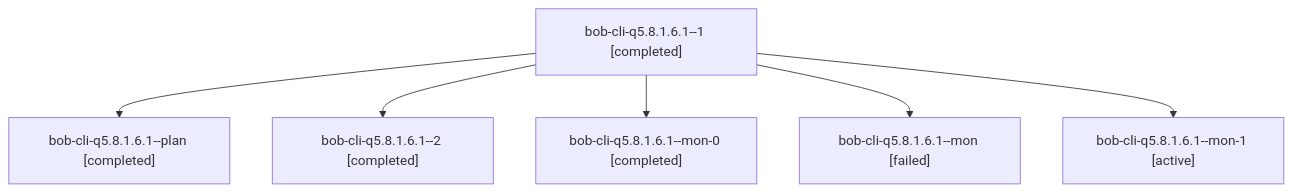
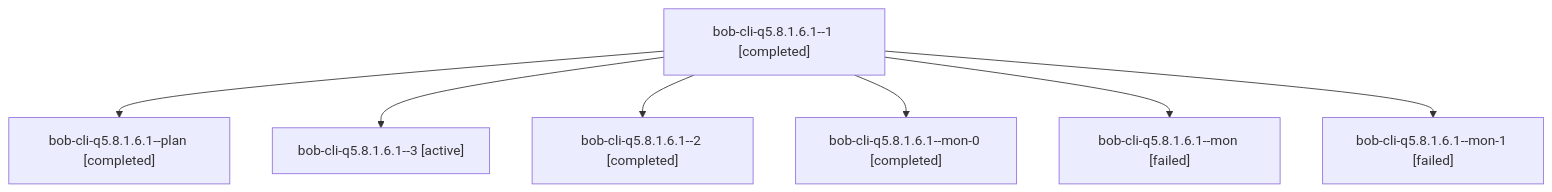
One commit to bobs-org/bob-cli--agents changed the diagram in sessions/bbugyi200.athena.bob-cli-q5.8.1.6.1.md. Above: the diagram before and after it, drawn with Mermaid. The commit also changed other lines of this file and 212 other files, not shown here.

````diff
--- a/sessions/bbugyi200.athena.bob-cli-q5.8.1.6.1.md
+++ b/sessions/bbugyi200.athena.bob-cli-q5.8.1.6.1.md
@@ -9,14 +9,16 @@
 ```mermaid
 flowchart TD
   n0["bob-cli-q5.8.1.6.1--1 [completed]"]
   n1["bob-cli-q5.8.1.6.1--plan [completed]"]
   n0 --> n1
-  n2["bob-cli-q5.8.1.6.1--2 [completed]"]
+  n2["bob-cli-q5.8.1.6.1--3 [active]"]
   n0 --> n2
-  n3["bob-cli-q5.8.1.6.1--mon-0 [completed]"]
+  n3["bob-cli-q5.8.1.6.1--2 [completed]"]
   n0 --> n3
-  n4["bob-cli-q5.8.1.6.1--mon [failed]"]
+  n4["bob-cli-q5.8.1.6.1--mon-0 [completed]"]
   n0 --> n4
-  n5["bob-cli-q5.8.1.6.1--mon-1 [active]"]
+  n5["bob-cli-q5.8.1.6.1--mon [failed]"]
   n0 --> n5
+  n6["bob-cli-q5.8.1.6.1--mon-1 [failed]"]
+  n0 --> n6
 ```
````
